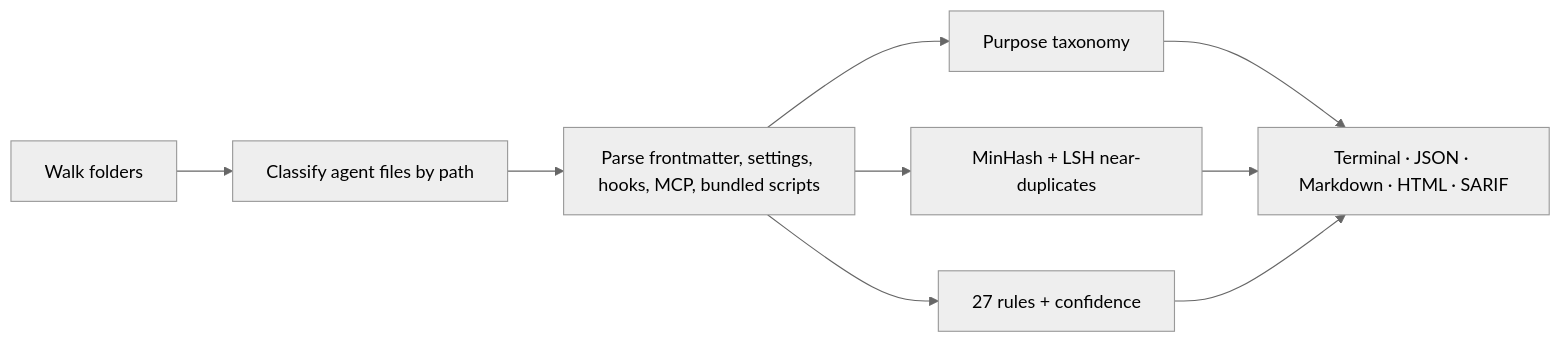
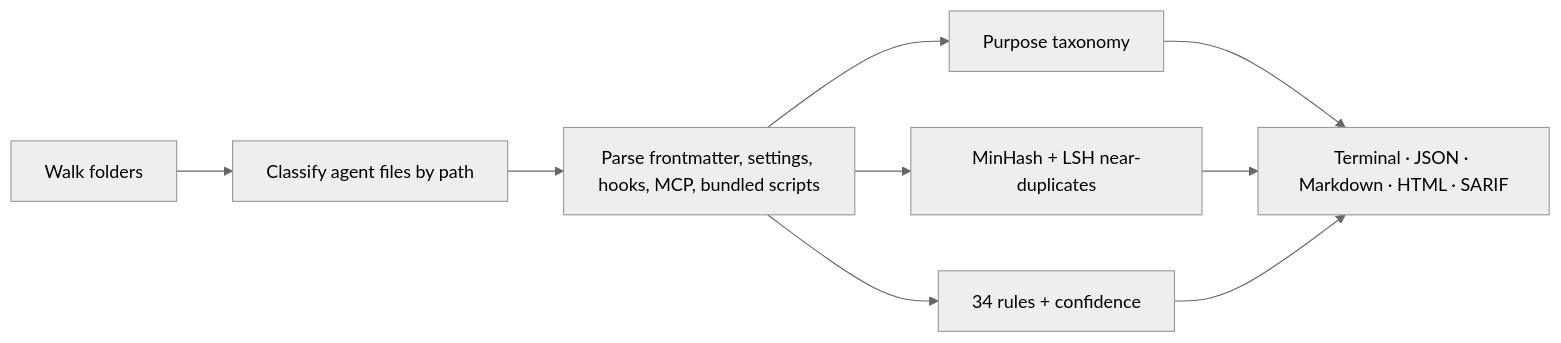
The diagram in README.md (thinkingraven/rookery), drawn with Mermaid (neutral theme) before and after one commit. The commit also changed other lines of this file and 11 other files, not shown here.

````diff
--- a/README.md
+++ b/README.md
@@ -181,9 +198,9 @@
 ```mermaid
 flowchart LR
   A[Walk folders] --> B[Classify agent files by path]
   B --> C[Parse frontmatter, settings, hooks, MCP, bundled scripts]
   C --> D[Purpose taxonomy]
   C --> E[MinHash + LSH near-duplicates]
-  C --> F[27 rules + confidence]
+  C --> F[34 rules + confidence]
   D & E & F --> G[Terminal · JSON · Markdown · HTML · SARIF]
 ```
````
